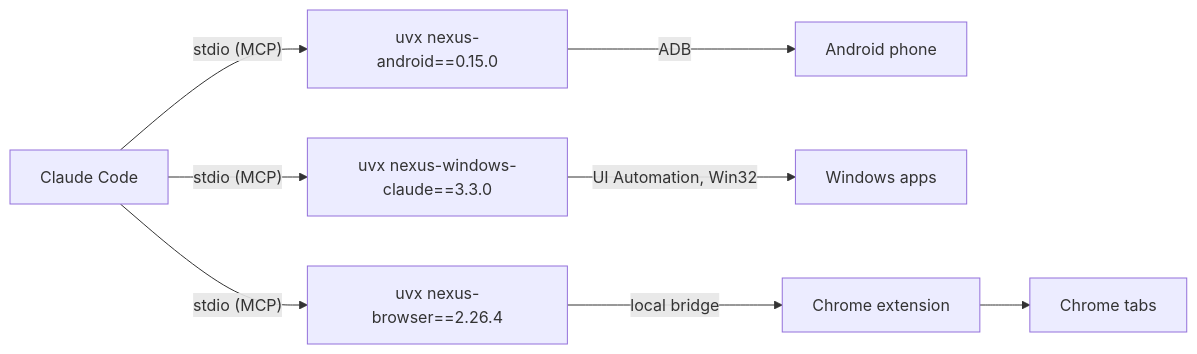
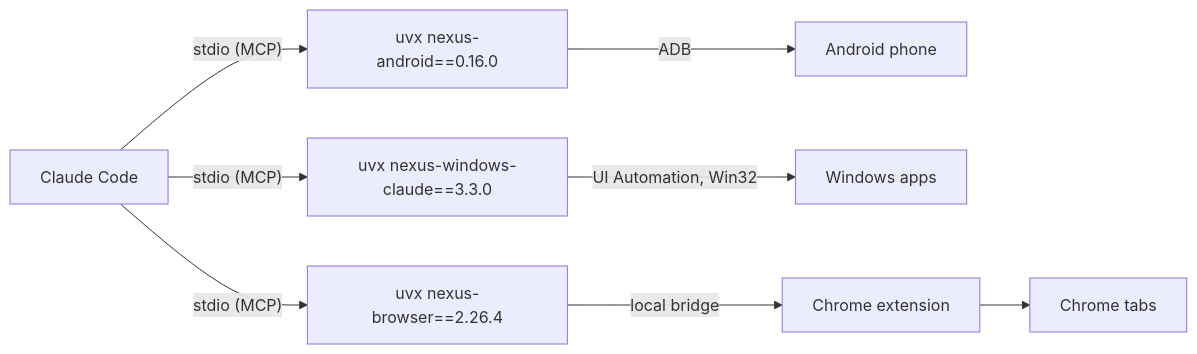
Before and after one commit to pironjulien/NexusSystem: the diagram in README.md, drawn with Mermaid. The commit also changed 11 other files, not shown here.

Commit message:
Update to 1.6.17: nexus-android 0.16.0 (lock screen without a code lifted)

````diff
--- a/README.md
+++ b/README.md
@@ -128,6 +128,6 @@
 ```mermaid
 flowchart LR
-    C["Claude Code"] -- "stdio (MCP)" --> A["uvx nexus-android==0.15.0"] -- ADB --> P["Android phone"]
+    C["Claude Code"] -- "stdio (MCP)" --> A["uvx nexus-android==0.16.0"] -- ADB --> P["Android phone"]
     C -- "stdio (MCP)" --> W["uvx nexus-windows-claude==3.3.0"] -- "UI Automation, Win32" --> D["Windows apps"]
     C -- "stdio (MCP)" --> B["uvx nexus-browser==2.26.4"] -- "local bridge" --> E["Chrome extension"] --> T["Chrome tabs"]
 ```
````
